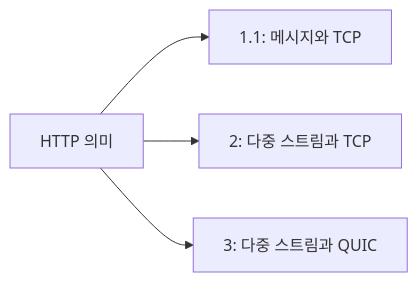
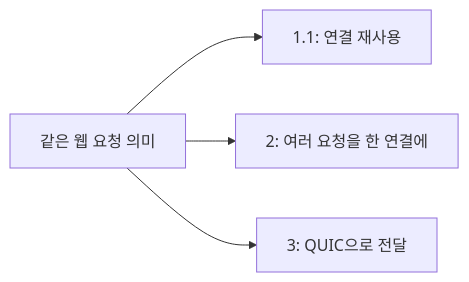
One commit to moocongpapa/it-study changed the diagram in content/topics/http-versions.md. Above: the diagram before and after it, drawn with Mermaid. The commit also changed other lines of this file and 71 other files, not shown here.

````diff
--- a/content/topics/http-versions.md
+++ b/content/topics/http-versions.md
@@ -6,6 +20,6 @@
 ```mermaid
 flowchart LR
-  A["HTTP 의미"] --> B["1.1: 메시지와 TCP"]
-  A --> C["2: 다중 스트림과 TCP"]
-  A --> D["3: 다중 스트림과 QUIC"]
+ A["같은 웹 요청 의미"] --> B["1.1: 연결 재사용"]
+ A --> C["2: 여러 요청을 한 연결에"]
+ A --> D["3: QUIC으로 전달"]
 ```
````
